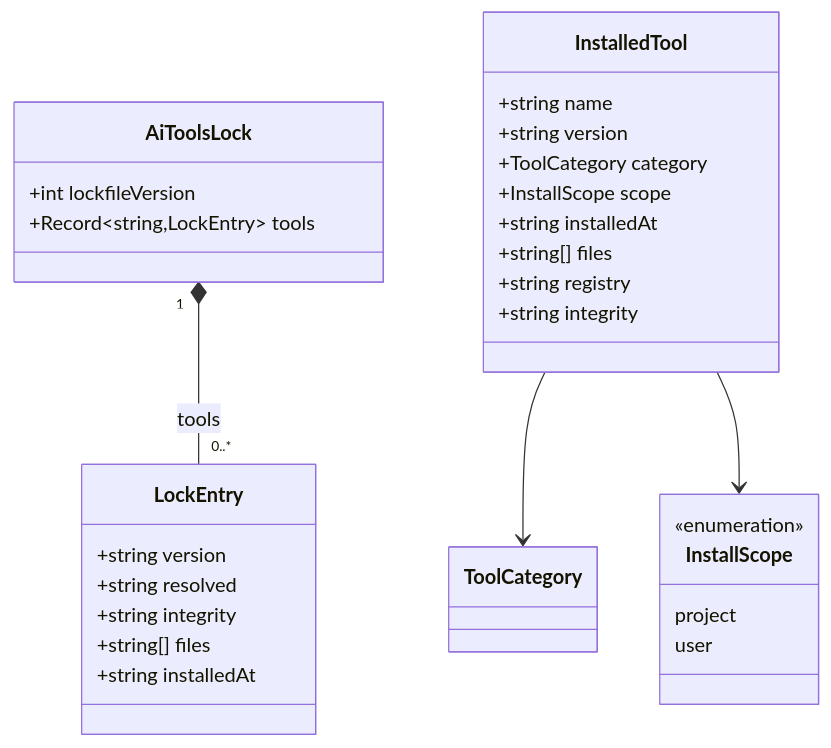
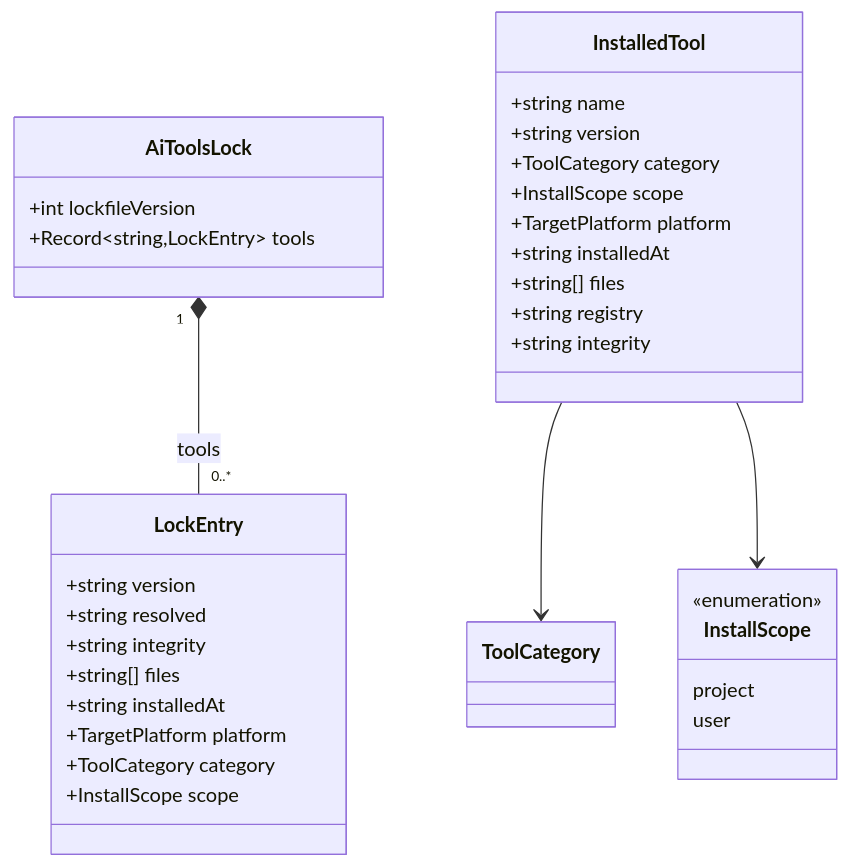
One commit to bitgenetics/aitools changed the second of 6 diagrams in docs/design/data-model.md. Above: the diagram before and after it, drawn with Mermaid. The commit also changed other lines of this file and 13 other files, not shown here.

````diff
--- a/docs/design/data-model.md
+++ b/docs/design/data-model.md
@@ -63,36 +66,40 @@
 ```mermaid
 classDiagram
     class AiToolsLock {
         +int lockfileVersion
         +Record~string,LockEntry~ tools
     }
 
     class LockEntry {
         +string version
         +string resolved
         +string integrity
         +string[] files
         +string installedAt
+        +TargetPlatform platform
+        +ToolCategory category
+        +InstallScope scope
     }
 
     class InstalledTool {
         +string name
         +string version
         +ToolCategory category
         +InstallScope scope
+        +TargetPlatform platform
         +string installedAt
         +string[] files
         +string registry
         +string integrity
     }
 
     class InstallScope {
         <<enumeration>>
         project
         user
     }
 
     AiToolsLock "1" *-- "0..*" LockEntry : tools
     InstalledTool --> ToolCategory
     InstalledTool --> InstallScope
 ```
````
